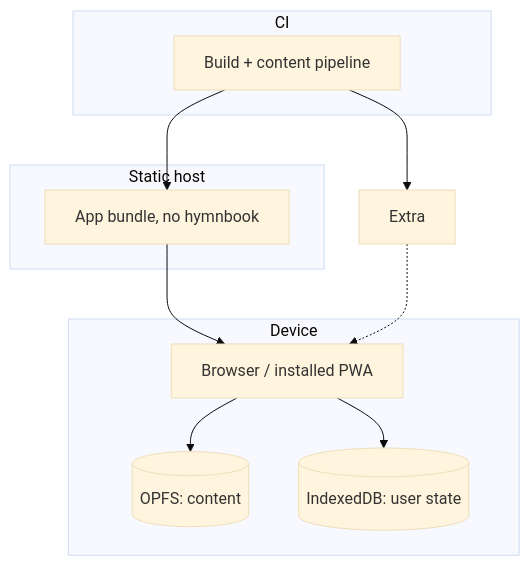
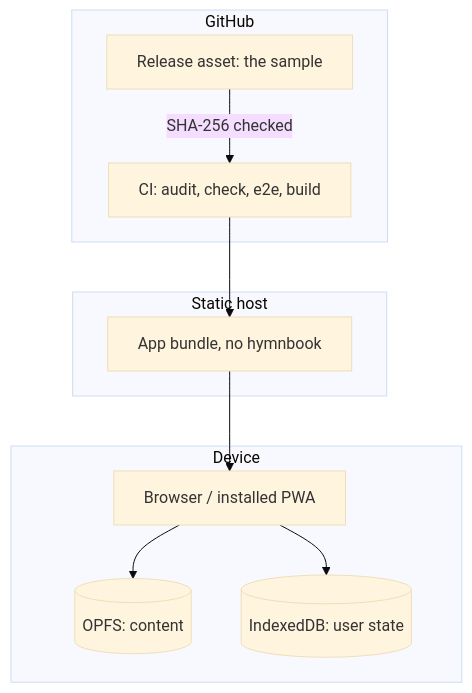
Before and after one commit to nandgator/hymnal: the fifth of 5 diagrams in docs/architecture/arc42.md, drawn with Mermaid (base theme). The commit also changed other lines of this file and 11 other files, not shown here.

````diff
--- a/docs/architecture/arc42.md
+++ b/docs/architecture/arc42.md
@@ -374,21 +392,21 @@
 ```mermaid
 flowchart TB
-    subgraph CI["CI"]
-        Build[Build + content pipeline]
+    subgraph GitHub["GitHub"]
+        Sample[Release asset: the sample]
+        Build[CI: audit, check, e2e, build]
     end
     subgraph Host["Static host"]
         AppBundle[App bundle, no hymnbook]
     end
     subgraph Device["Device"]
         Browser[Browser / installed PWA]
         OPFS[(OPFS: content)]
         IDB[(IndexedDB: user state)]
     end
 
+    Sample -->|SHA-256 checked| Build
     Build --> AppBundle
-    Build --> Extra
     AppBundle --> Browser
-    Extra -.-> Browser
     Browser --> OPFS
     Browser --> IDB
 ```
````
